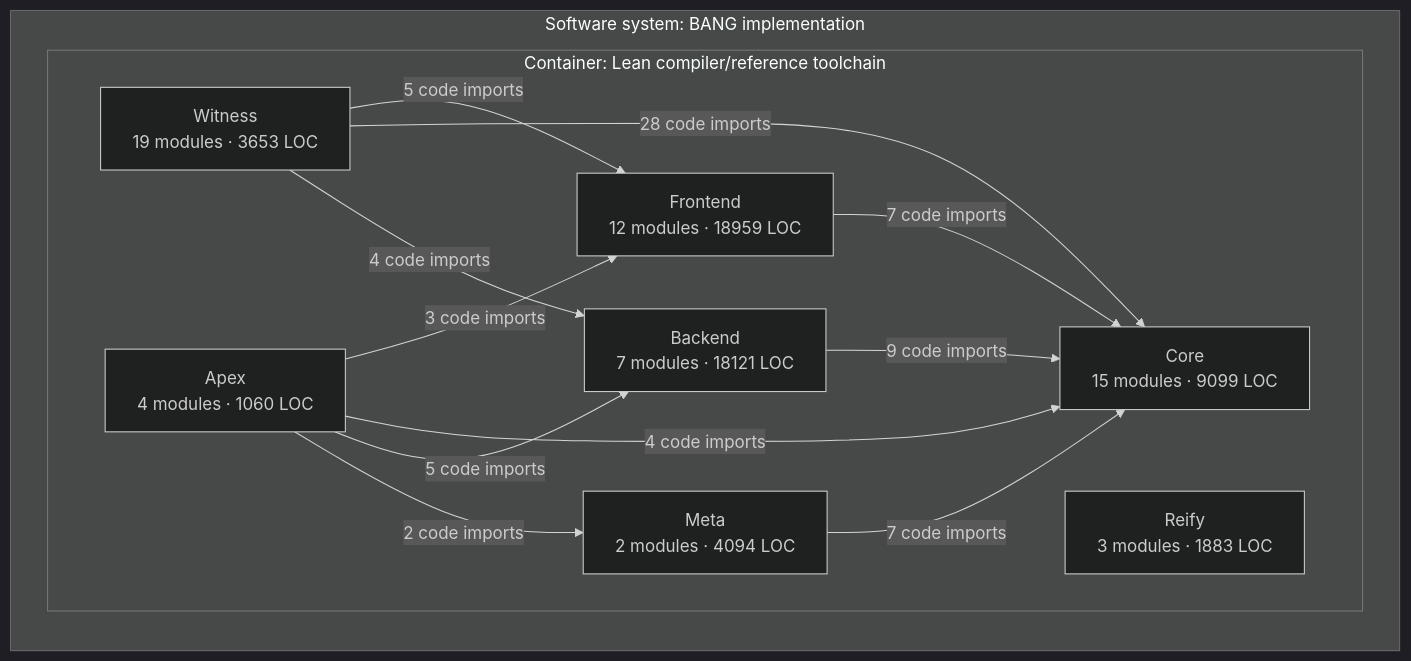
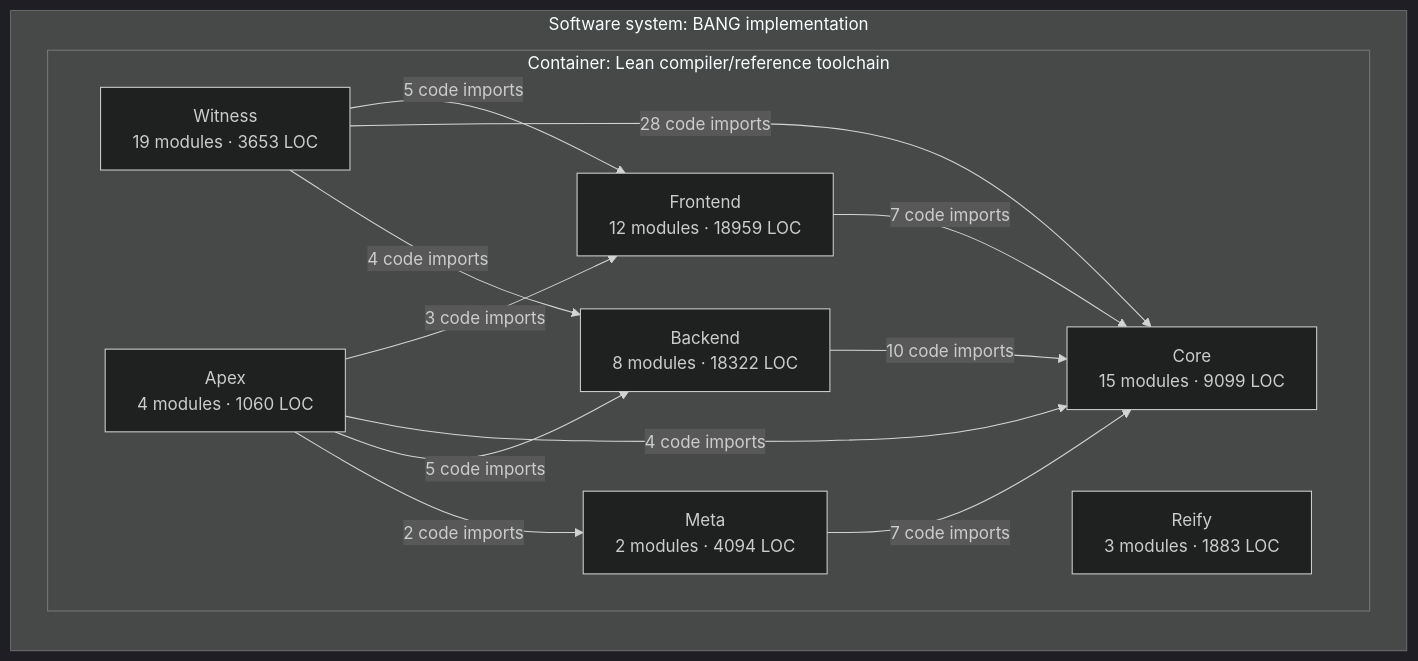
Before and after one commit to phibkro/bang: the third of 3 diagrams in docs/architecture/core-overview.md, drawn with Mermaid (dark theme). The commit also changed other lines of this file and 11 other files, not shown here.

````diff
--- a/docs/architecture/core-overview.md
+++ b/docs/architecture/core-overview.md
@@ -160,24 +160,24 @@
 ```mermaid
 flowchart LR
   subgraph system_BANG["Software system: BANG implementation"]
     subgraph container_Lean_toolchain["Container: Lean compiler/reference toolchain"]
       component_Frontend["Frontend<br/>12 modules · 18959 LOC"]
       component_Core["Core<br/>15 modules · 9099 LOC"]
-      component_Backend["Backend<br/>7 modules · 18121 LOC"]
+      component_Backend["Backend<br/>8 modules · 18322 LOC"]
       component_Meta["Meta<br/>2 modules · 4094 LOC"]
       component_Witness["Witness<br/>19 modules · 3653 LOC"]
       component_Reify["Reify<br/>3 modules · 1883 LOC"]
       component_Apex["Apex<br/>4 modules · 1060 LOC"]
     end
   end
   component_Frontend -->|7 code imports| component_Core
-  component_Backend -->|9 code imports| component_Core
+  component_Backend -->|10 code imports| component_Core
   component_Meta -->|7 code imports| component_Core
   component_Witness -->|5 code imports| component_Frontend
   component_Witness -->|28 code imports| component_Core
   component_Witness -->|4 code imports| component_Backend
   component_Apex -->|3 code imports| component_Frontend
   component_Apex -->|4 code imports| component_Core
   component_Apex -->|5 code imports| component_Backend
   component_Apex -->|2 code imports| component_Meta
 ```
````
